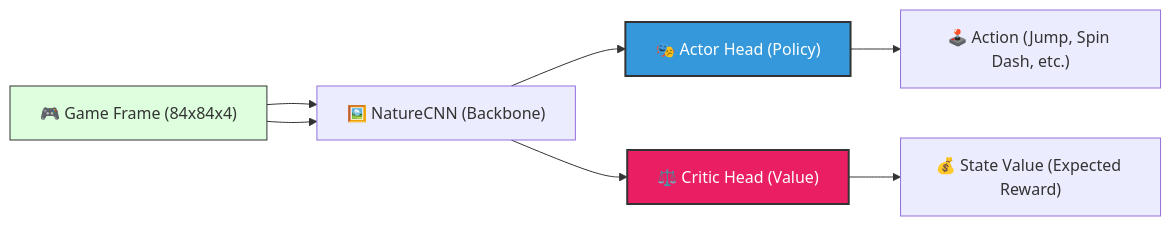
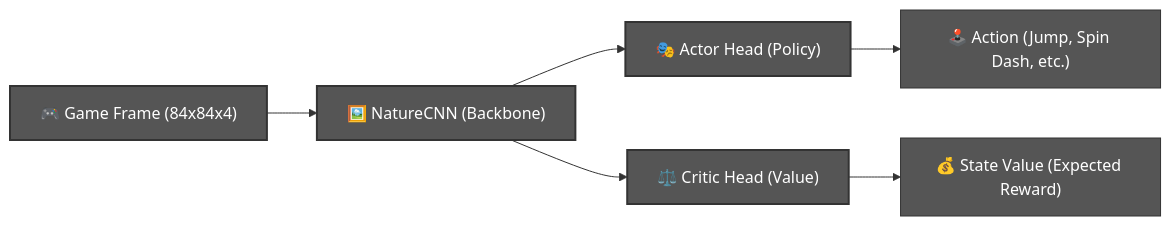
One commit to JensKohl/Sonic2_ReinforcementLearning changed the diagram in README.md. Above: the diagram before and after it, drawn with Mermaid. The commit also changed 1 other file, not shown here.

Commit message:
Standardized diagram visuals and committed recording script updates

````diff
--- a/README.md
+++ b/README.md
@@ -65,20 +65,22 @@
 ```mermaid
 graph LR
     input["🎮 Game Frame (84x84x4)"] 
     cnn["🖼️ NatureCNN (Backbone)"]
     actor["🎭 Actor Head (Policy)"]
     critic["⚖️ Critic Head (Value)"]
     action["🕹️ Action (Jump, Spin Dash, etc.)"]
     score["💰 State Value (Expected Reward)"]
 
     input --> cnn
-    input --> cnn
     cnn --> actor
     cnn --> critic
     actor --> action
     critic --> score
 
-    style actor fill:#3498db,stroke:#333,stroke-width:2px,color:#fff
-    style critic fill:#e91e63,stroke:#333,stroke-width:2px,color:#fff
-    style input fill:#dfd,stroke:#333
+    style actor fill:#555,stroke:#333,stroke-width:2px,color:#fff
+    style critic fill:#555,stroke:#333,stroke-width:2px,color:#fff
+    style input fill:#555,stroke:#333,stroke-width:2px,color:#fff
+    style cnn fill:#555,stroke:#333,stroke-width:2px,color:#fff
+    style action fill:#555,stroke:#333,stroke-width:1px,color:#fff
+    style score fill:#555,stroke:#333,stroke-width:1px,color:#fff
 ```
````
